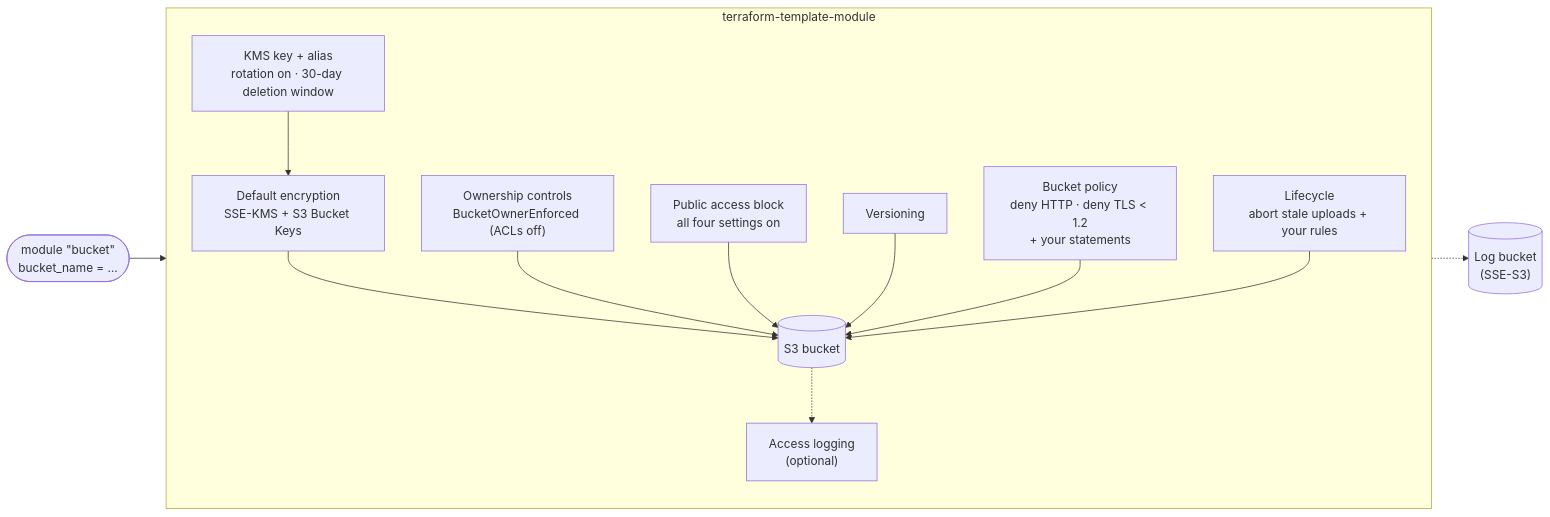
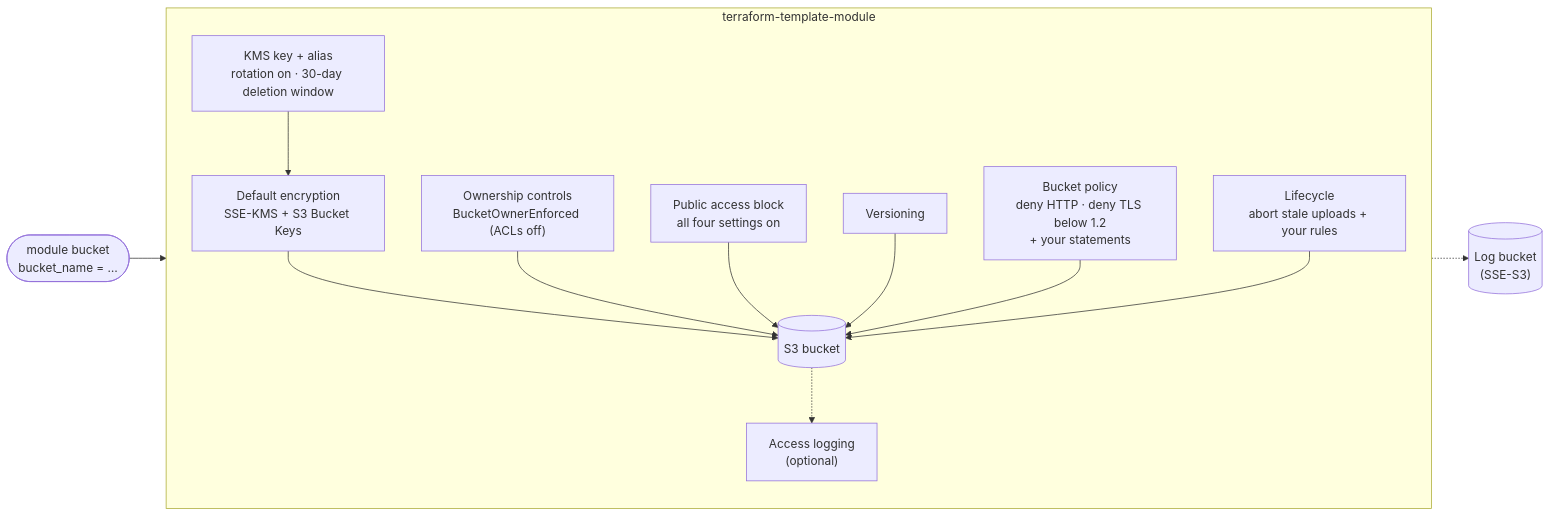
One commit to codemarquis/terraform-template-module changed the diagram in README.md. Above: the diagram before and after it, drawn with Mermaid.

Commit message:
README: fix Mermaid diagram rendering on GitHub
GitHub decodes &quot; and &lt; before Mermaid parses, which broke the node labels. Use plain text instead.

````diff
--- a/README.md
+++ b/README.md
@@ -19,24 +19,24 @@
 ```mermaid
 flowchart LR
-    caller(["module &quot;bucket&quot;<br/>bucket_name = …"])
+    caller(["module bucket<br/>bucket_name = …"])
 
     subgraph module["terraform-template-module"]
         direction TB
         kms["KMS key + alias<br/>rotation on · 30-day deletion window"]
         bucket[("S3 bucket")]
         own["Ownership controls<br/>BucketOwnerEnforced (ACLs off)"]
         pab["Public access block<br/>all four settings on"]
         sse["Default encryption<br/>SSE-KMS + S3 Bucket Keys"]
         ver["Versioning"]
-        pol["Bucket policy<br/>deny HTTP · deny TLS &lt; 1.2<br/>+ your statements"]
+        pol["Bucket policy<br/>deny HTTP · deny TLS below 1.2<br/>+ your statements"]
         lc["Lifecycle<br/>abort stale uploads + your rules"]
         log["Access logging<br/>(optional)"]
     end
 
     logs[("Log bucket<br/>(SSE-S3)")]
 
     caller --> module
     kms --> sse --> bucket
     own & pab & ver & pol & lc --> bucket
     bucket -.-> log -.-> logs
 ```
````
